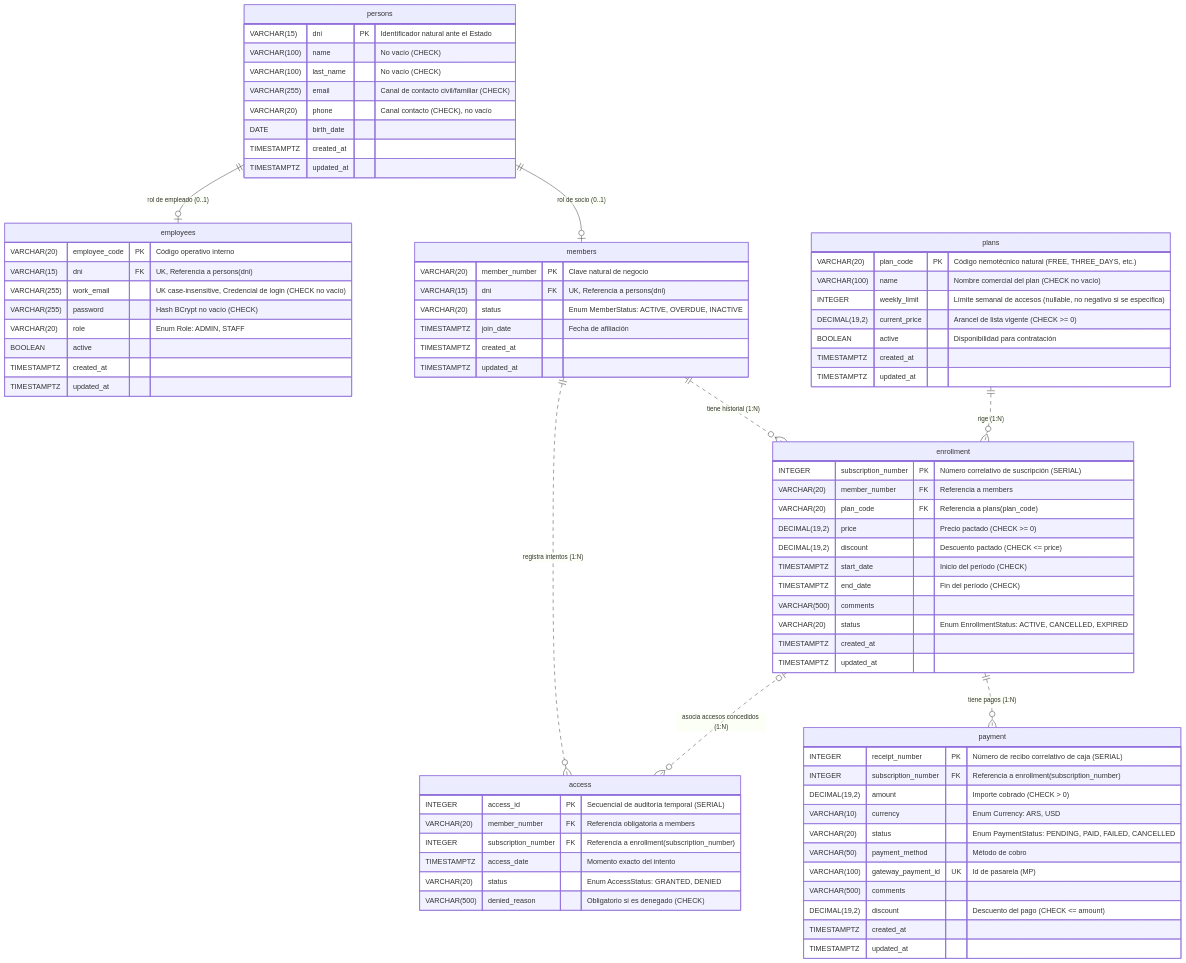
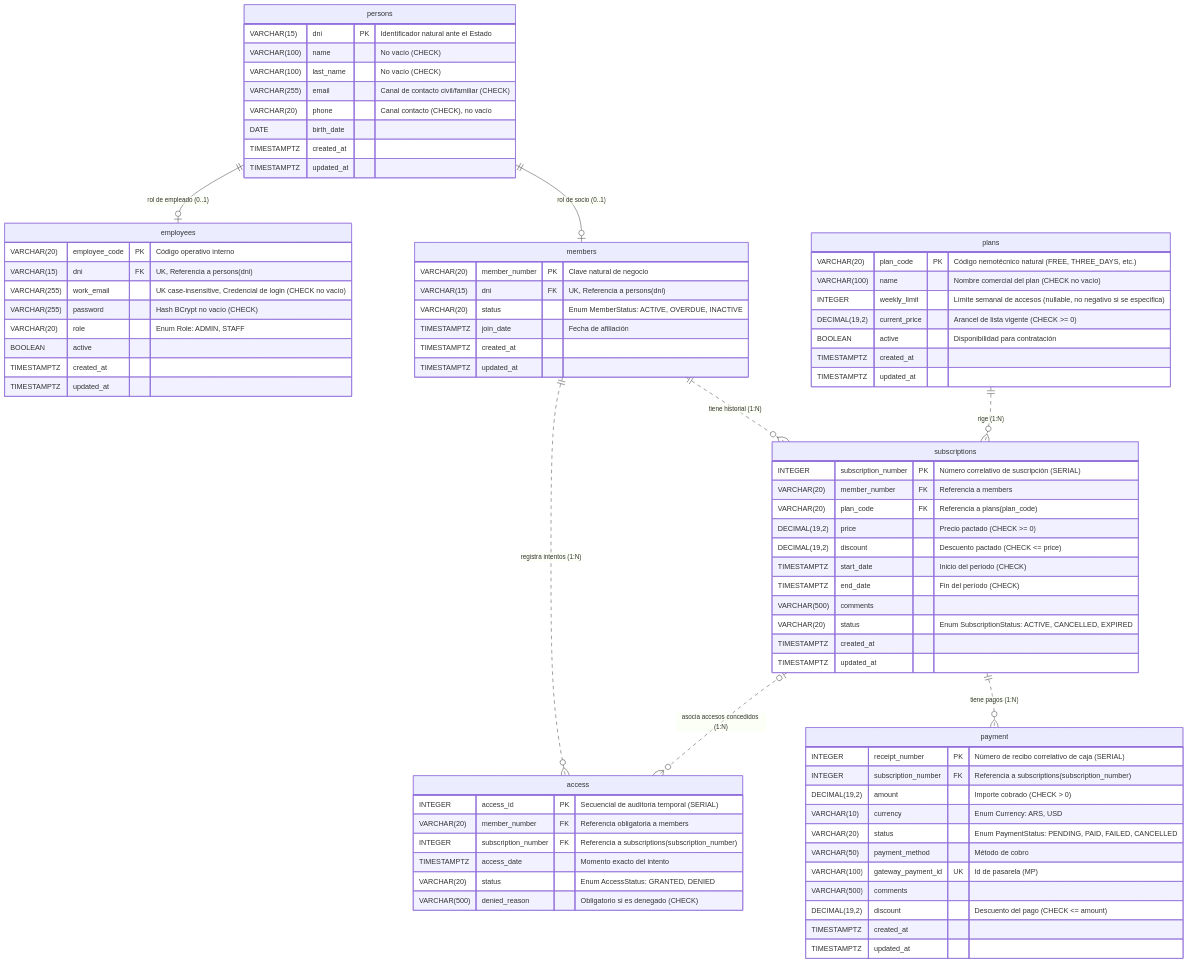
One commit to santiagovOK/TFI_grupo144 changed the second of 2 diagrams in docs/entidades.md. Above: the diagram before and after it, drawn with Mermaid. The commit also changed other lines of this file and 4 other files, not shown here.

Commit message:
refactor(subscription): replace enrollment entity with subscriptions and update relational mapping

````diff
--- a/docs/entidades.md
+++ b/docs/entidades.md
@@ -96,81 +96,81 @@
 ```mermaid
 erDiagram
     persons {
         VARCHAR(15) dni PK "Identificador natural ante el Estado"
         VARCHAR(100) name "No vacío (CHECK)"
         VARCHAR(100) last_name "No vacío (CHECK)"
         VARCHAR(255) email "Canal de contacto civil/familiar (CHECK)"
         VARCHAR(20) phone "Canal contacto (CHECK), no vacío"
         DATE birth_date
         TIMESTAMPTZ created_at
         TIMESTAMPTZ updated_at
     }
     members {
         VARCHAR(20) member_number PK "Clave natural de negocio"
         VARCHAR(15) dni FK "UK, Referencia a persons(dni)"
         VARCHAR(20) status "Enum MemberStatus: ACTIVE, OVERDUE, INACTIVE"
         TIMESTAMPTZ join_date "Fecha de afiliación"
         TIMESTAMPTZ created_at
         TIMESTAMPTZ updated_at
     }
     employees {
         VARCHAR(20) employee_code PK "Código operativo interno"
         VARCHAR(15) dni FK "UK, Referencia a persons(dni)"
         VARCHAR(255) work_email "UK case-insensitive, Credencial de login (CHECK no vacío)"
         VARCHAR(255) password "Hash BCrypt no vacío (CHECK)"
         VARCHAR(20) role "Enum Role: ADMIN, STAFF"
         BOOLEAN active
         TIMESTAMPTZ created_at
         TIMESTAMPTZ updated_at
     }
     plans {
         VARCHAR(20) plan_code PK "Código nemotécnico natural (FREE, THREE_DAYS, etc.)"
         VARCHAR(100) name "Nombre comercial del plan (CHECK no vacío)"
         INTEGER weekly_limit "Límite semanal de accesos (nullable, no negativo si se especifica)"
         DECIMAL(19,2) current_price "Arancel de lista vigente (CHECK >= 0)"
         BOOLEAN active "Disponibilidad para contratación"
         TIMESTAMPTZ created_at
         TIMESTAMPTZ updated_at
     }
-    enrollment {
+    subscriptions {
         INTEGER subscription_number PK "Número correlativo de suscripción (SERIAL)"
         VARCHAR(20) member_number FK "Referencia a members"
         VARCHAR(20) plan_code FK "Referencia a plans(plan_code)"
         DECIMAL(19,2) price "Precio pactado (CHECK >= 0)"
         DECIMAL(19,2) discount "Descuento pactado (CHECK <= price)"
         TIMESTAMPTZ start_date "Inicio del período (CHECK)"
         TIMESTAMPTZ end_date "Fin del período (CHECK)"
         VARCHAR(500) comments
-        VARCHAR(20) status "Enum EnrollmentStatus: ACTIVE, CANCELLED, EXPIRED"
+        VARCHAR(20) status "Enum SubscriptionStatus: ACTIVE, CANCELLED, EXPIRED"
         TIMESTAMPTZ created_at
         TIMESTAMPTZ updated_at
     }
     payment {
         INTEGER receipt_number PK "Número de recibo correlativo de caja (SERIAL)"
-        INTEGER subscription_number FK "Referencia a enrollment(subscription_number)"
+        INTEGER subscription_number FK "Referencia a subscriptions(subscription_number)"
         DECIMAL(19,2) amount "Importe cobrado (CHECK > 0)"
         VARCHAR(10) currency "Enum Currency: ARS, USD"
         VARCHAR(20) status "Enum PaymentStatus: PENDING, PAID, FAILED, CANCELLED"
         VARCHAR(50) payment_method "Método de cobro"
         VARCHAR(100) gateway_payment_id UK "Id de pasarela (MP)"
         VARCHAR(500) comments
         DECIMAL(19,2) discount "Descuento del pago (CHECK <= amount)"
         TIMESTAMPTZ created_at
         TIMESTAMPTZ updated_at
     }
     access {
         INTEGER access_id PK "Secuencial de auditoría temporal (SERIAL)"
         VARCHAR(20) member_number FK "Referencia obligatoria a members"
-        INTEGER subscription_number FK "Referencia a enrollment(subscription_number)"
+        INTEGER subscription_number FK "Referencia a subscriptions(subscription_number)"
         TIMESTAMPTZ access_date "Momento exacto del intento"
         VARCHAR(20) status "Enum AccessStatus: GRANTED, DENIED"
         VARCHAR(500) denied_reason "Obligatorio si es denegado (CHECK)"
     }
     persons ||--|o members : "rol de socio (0..1)"
     persons ||--|o employees : "rol de empleado (0..1)"
-    plans ||..o{ enrollment : "rige (1:N)"
-    members ||..o{ enrollment : "tiene historial (1:N)"
+    plans ||..o{ subscriptions : "rige (1:N)"
+    members ||..o{ subscriptions : "tiene historial (1:N)"
     members ||..o{ access : "registra intentos (1:N)"
-    enrollment ||..o{ payment : "tiene pagos (1:N)"
-    enrollment |o..o{ access : "asocia accesos concedidos (1:N)"
+    subscriptions ||..o{ payment : "tiene pagos (1:N)"
+    subscriptions |o..o{ access : "asocia accesos concedidos (1:N)"
 ```
````
